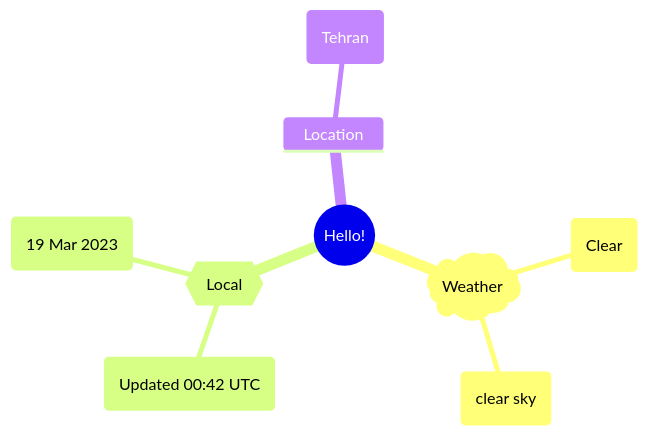
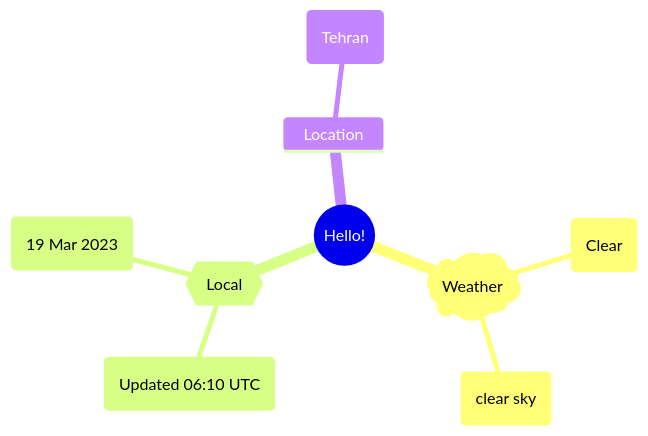
One commit to Xosrov/Xosrov changed the first of 2 diagrams in README.md. Above: the diagram before and after it, drawn with Mermaid.

Commit message:
[bot] updated images

````diff
--- a/README.md
+++ b/README.md
@@ -3,12 +3,12 @@
 ```mermaid
 mindmap
   root((Hello!))
     )Weather(
         (Clear)
         (clear sky)
     {{Local}}
-        (Updated 00:42 UTC)
+        (Updated 06:10 UTC)
         (19 Mar 2023)
     Location
         (Tehran)
 ```
````
